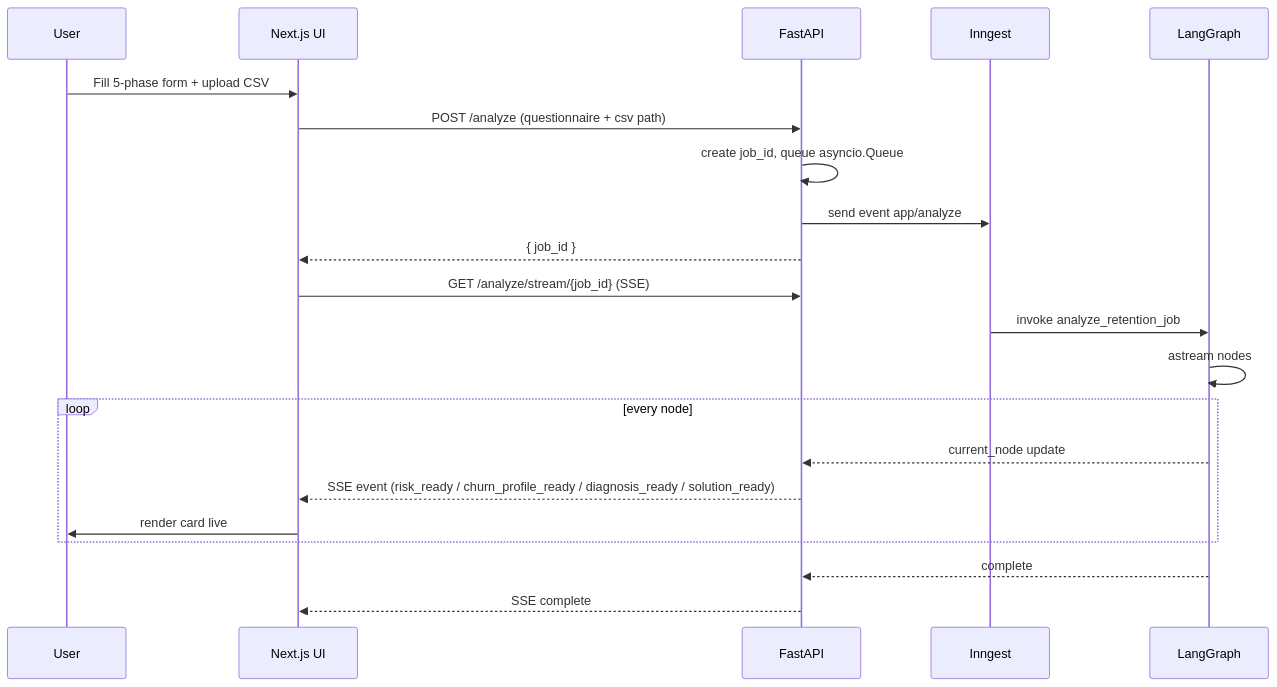
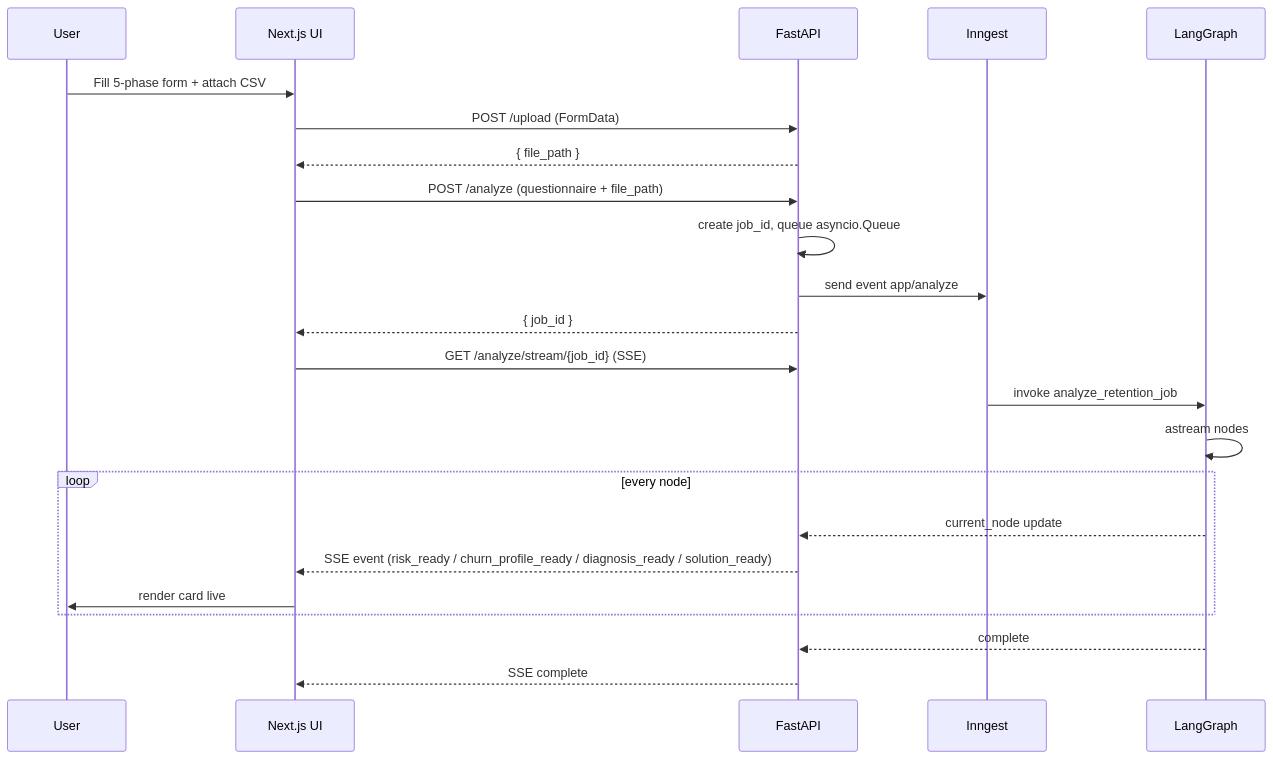
The third of 3 diagrams in README.md (Srijan76-code/Retain_AI), drawn with Mermaid before and after one commit. The commit also changed other lines of this file and 1 other file, not shown here.

Commit message:
23.feat: implement explicit CSV file upload endpoint and update analysis workflow documentation

````diff
--- a/README.md
+++ b/README.md
@@ -172,24 +172,26 @@
 ```mermaid
 sequenceDiagram
     participant U as User
     participant F as Next.js UI
     participant A as FastAPI
     participant I as Inngest
     participant G as LangGraph
 
-    U->>F: Fill 5-phase form + upload CSV
-    F->>A: POST /analyze (questionnaire + csv path)
+    U->>F: Fill 5-phase form + attach CSV
+    F->>A: POST /upload (FormData)
+    A-->>F: { file_path }
+    F->>A: POST /analyze (questionnaire + file_path)
     A->>A: create job_id, queue asyncio.Queue
     A->>I: send event app/analyze
     A-->>F: { job_id }
     F->>A: GET /analyze/stream/{job_id} (SSE)
     I->>G: invoke analyze_retention_job
     G->>G: astream nodes
     loop every node
         G-->>A: current_node update
         A-->>F: SSE event (risk_ready / churn_profile_ready / diagnosis_ready / solution_ready)
         F->>U: render card live
     end
     G-->>A: complete
     A-->>F: SSE complete
 ```
````
